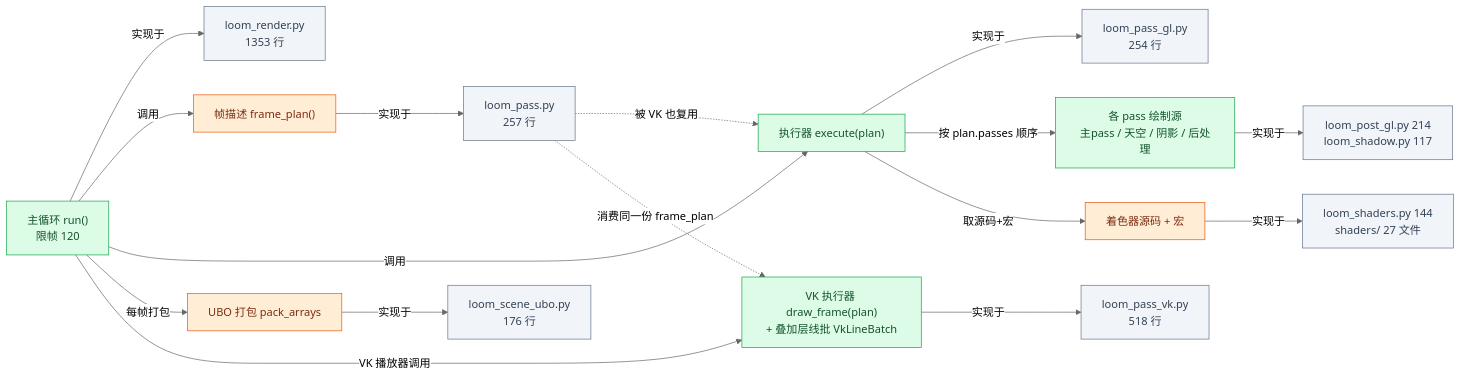
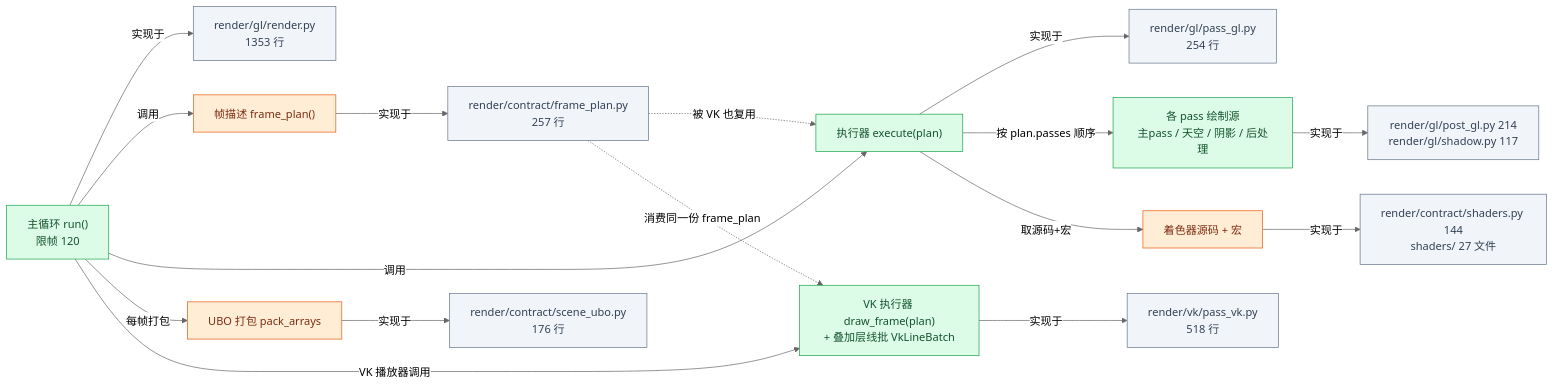
Before and after one commit to lhy302/WeaveEngine: the fourth of 23 diagrams in ARCHITECTURE.md, drawn with Mermaid (neutral theme). The commit also changed other lines of this file and 97 other files, not shown here.

````diff
--- a/ARCHITECTURE.md
+++ b/ARCHITECTURE.md
@@ -216,35 +216,35 @@
 ```mermaid
 flowchart LR
   R1["主循环 run()<br/>限帧 120"]:::impl
-  F1["loom_render.py<br/>1353 行"]:::file
+  F1["render/gl/render.py<br/>1353 行"]:::file
   R2["帧描述 frame_plan()"]:::contract
-  F2["loom_pass.py<br/>257 行"]:::file
+  F2["render/contract/frame_plan.py<br/>257 行"]:::file
   R3["执行器 execute(plan)"]:::impl
-  F3["loom_pass_gl.py<br/>254 行"]:::file
+  F3["render/gl/pass_gl.py<br/>254 行"]:::file
   R3b["VK 执行器 draw_frame(plan)<br/>+ 叠加层线批 VkLineBatch"]:::impl
-  F3b["loom_pass_vk.py<br/>518 行"]:::file
+  F3b["render/vk/pass_vk.py<br/>518 行"]:::file
   R4["各 pass 绘制源<br/>主pass / 天空 / 阴影 / 后处理"]:::impl
-  F4["loom_post_gl.py 214<br/>loom_shadow.py 117"]:::file
+  F4["render/gl/post_gl.py 214<br/>render/gl/shadow.py 117"]:::file
   R5["UBO 打包 pack_arrays"]:::contract
-  F5["loom_scene_ubo.py<br/>176 行"]:::file
+  F5["render/contract/scene_ubo.py<br/>176 行"]:::file
   R6["着色器源码 + 宏"]:::contract
-  F6["loom_shaders.py 144<br/>shaders/ 27 文件"]:::file
+  F6["render/contract/shaders.py 144<br/>shaders/ 27 文件"]:::file
   R1 -->|实现于| F1
   R1 -->|调用| R2
   R2 -->|实现于| F2
   R1 -->|调用| R3
   R3 -->|实现于| F3
   R3 -->|按 plan.passes 顺序| R4
   R4 -->|实现于| F4
   R1 -->|每帧打包| R5
   R5 -->|实现于| F5
   R3 -->|取源码+宏| R6
   R6 -->|实现于| F6
   F2 -.->|被 VK 也复用| R3
   R1 -->|VK 播放器调用| R3b
   R3b -->|实现于| F3b
   F2 -.->|消费同一份 frame_plan| R3b
   classDef impl fill:#dcfce7,stroke:#16a34a,color:#14532d
   classDef contract fill:#ffedd5,stroke:#ea580c,color:#7c2d12
   classDef file fill:#f1f5f9,stroke:#64748b,color:#334155
 ```
````
